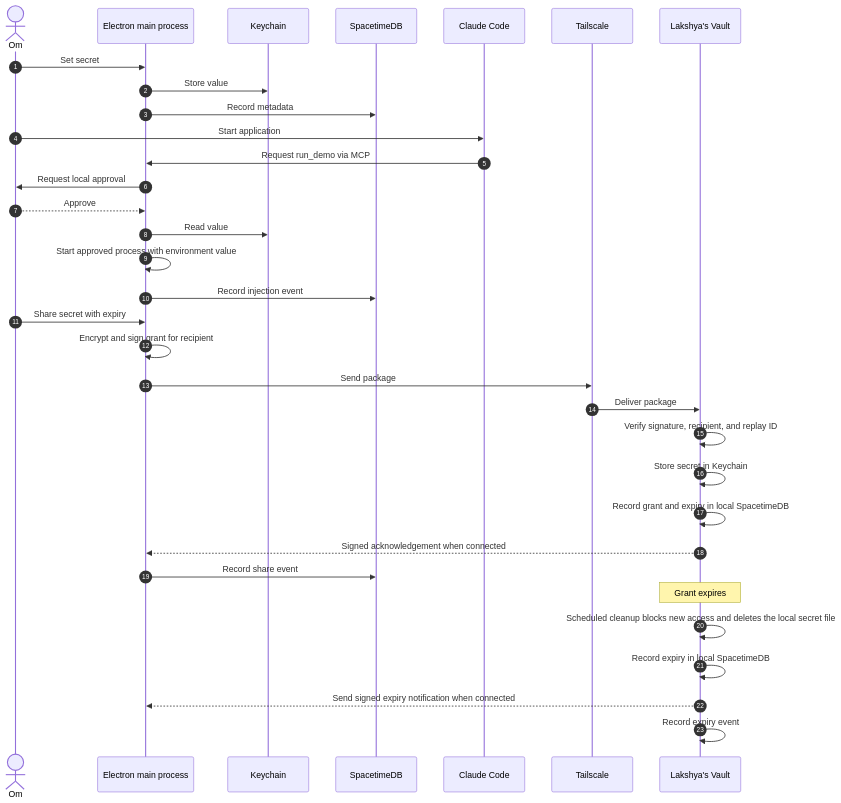
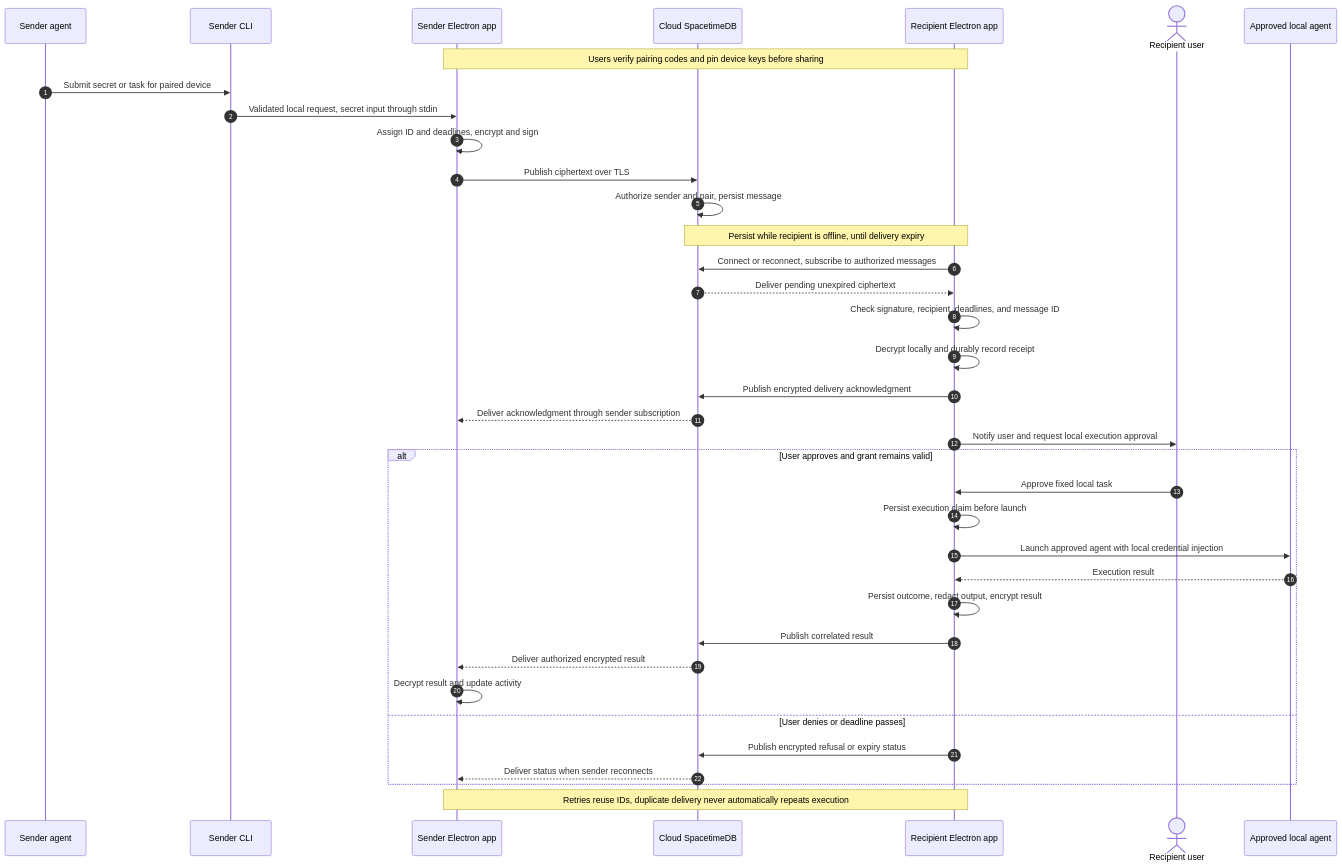
Before and after one commit to LakshyaDhingra/.sct: the second of 2 diagrams in docs/architecture.md, drawn with Mermaid. The commit also changed other lines of this file and 2 other files, not shown here.

````diff
--- a/docs/architecture.md
+++ b/docs/architecture.md
@@ -26,35 +39,39 @@
 ```mermaid
 sequenceDiagram
- autonumber
- actor Om
- participant V as Electron main process
- participant K as Keychain
- participant S as SpacetimeDB
- participant C as Claude Code
- participant T as Tailscale
- participant L as Lakshya's Vault
- Om->>V: Set secret
- V->>K: Store value
- V->>S: Record metadata
- Om->>C: Start application
- C->>V: Request run_demo via MCP
- V->>Om: Request local approval
- Om-->>V: Approve
- V->>K: Read value
- V->>V: Start approved process with environment value
- V->>S: Record injection event
- Om->>V: Share secret with expiry
- V->>V: Encrypt and sign grant for recipient
- V->>T: Send package
- T->>L: Deliver package
- L->>L: Verify signature, recipient, and replay ID
- L->>L: Store secret in Keychain
- L->>L: Record grant and expiry in local SpacetimeDB
- L-->>V: Signed acknowledgement when connected
- V->>S: Record share event
- Note over L: Grant expires
- L->>L: Scheduled cleanup blocks new access and deletes the local secret file
- L->>L: Record expiry in local SpacetimeDB
- L-->>V: Send signed expiry notification when connected
- L->>L: Record expiry event
+  autonumber
+  participant A as Sender agent
+  participant C as Sender CLI
+  participant S as Sender Electron app
+  participant DB as Cloud SpacetimeDB
+  participant R as Recipient Electron app
+  actor U as Recipient user
+  participant P as Approved local agent
+  Note over S,R: Users verify pairing codes and pin device keys before sharing
+  A->>C: Submit secret or task for paired device
+  C->>S: Validated local request, secret input through stdin
+  S->>S: Assign ID and deadlines, encrypt and sign
+  S->>DB: Publish ciphertext over TLS
+  DB->>DB: Authorize sender and pair, persist message
+  Note over DB,R: Persist while recipient is offline, until delivery expiry
+  R->>DB: Connect or reconnect, subscribe to authorized messages
+  DB-->>R: Deliver pending unexpired ciphertext
+  R->>R: Check signature, recipient, deadlines, and message ID
+  R->>R: Decrypt locally and durably record receipt
+  R->>DB: Publish encrypted delivery acknowledgment
+  DB-->>S: Deliver acknowledgment through sender subscription
+  R->>U: Notify user and request local execution approval
+  alt User approves and grant remains valid
+    U->>R: Approve fixed local task
+    R->>R: Persist execution claim before launch
+    R->>P: Launch approved agent with local credential injection
+    P-->>R: Execution result
+    R->>R: Persist outcome, redact output, encrypt result
+    R->>DB: Publish correlated result
+    DB-->>S: Deliver authorized encrypted result
+    S->>S: Decrypt result and update activity
+  else User denies or deadline passes
+    R->>DB: Publish encrypted refusal or expiry status
+    DB-->>S: Deliver status when sender reconnects
+  end
+  Note over S,R: Retries reuse IDs, duplicate delivery never automatically repeats execution
 ```
````
